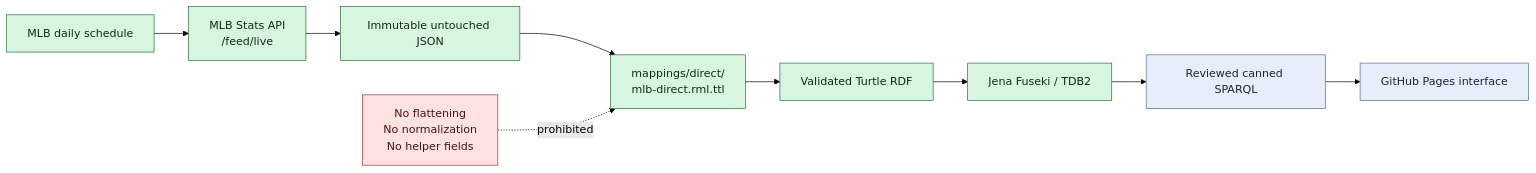
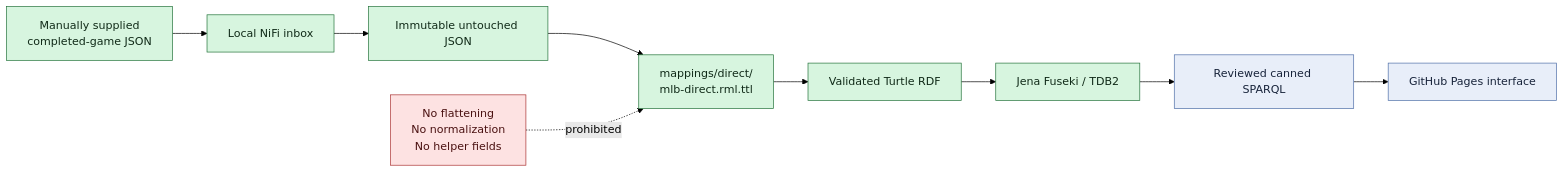
One commit to CarterBeauBenson/BaseballO changed the first of 2 diagrams in mermaid/01-pipeline-and-repository.md. Above: the diagram before and after it, drawn with Mermaid (forest theme). The commit also changed other lines of this file and 29 other files, not shown here.

````diff
--- a/mermaid/01-pipeline-and-repository.md
+++ b/mermaid/01-pipeline-and-repository.md
@@ -5,19 +5,19 @@
 ```mermaid
 flowchart LR
-    SCHEDULE["MLB daily schedule"] --> API["MLB Stats API<br/>/feed/live"]
-    API --> RAW["Immutable untouched JSON"]
+    SOURCE["Manually supplied<br/>completed-game JSON"] --> INBOX["Local NiFi inbox"]
+    INBOX --> RAW["Immutable untouched JSON"]
     RAW --> RML["mappings/direct/<br/>mlb-direct.rml.ttl"]
     RML --> TURTLE["Validated Turtle RDF"]
     TURTLE --> FUSEKI["Jena Fuseki / TDB2"]
     FUSEKI --> QUERY["Reviewed canned SPARQL"]
     QUERY --> SITE["GitHub Pages interface"]
 
     ENRICH["No flattening<br/>No normalization<br/>No helper fields"] -. prohibited .-> RML
 
     classDef active fill:#d7f5df,stroke:#24733b,color:#102a18;
     classDef future fill:#e8eef9,stroke:#4f6fa8,color:#17233a;
     classDef prohibited fill:#fde2e2,stroke:#a33,color:#4a1111;
-    class SCHEDULE,API,RAW,RML,TURTLE,FUSEKI active;
+    class SOURCE,INBOX,RAW,RML,TURTLE,FUSEKI active;
     class QUERY,SITE future;
     class ENRICH prohibited;
 ```
````
